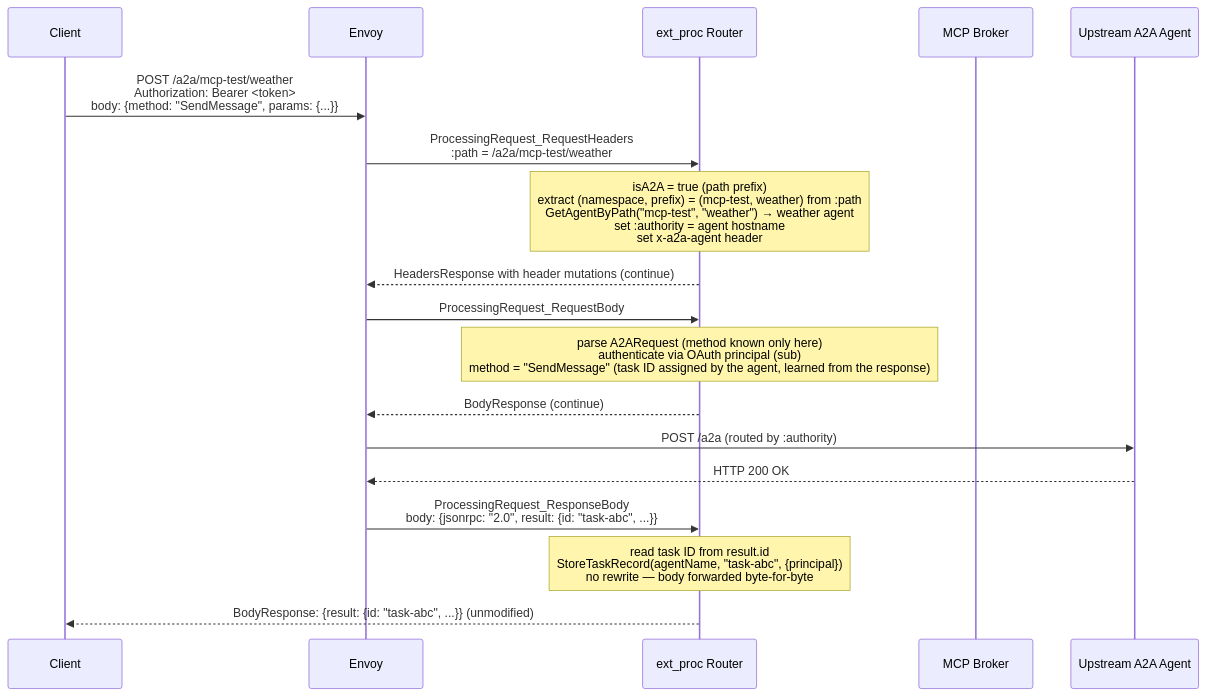
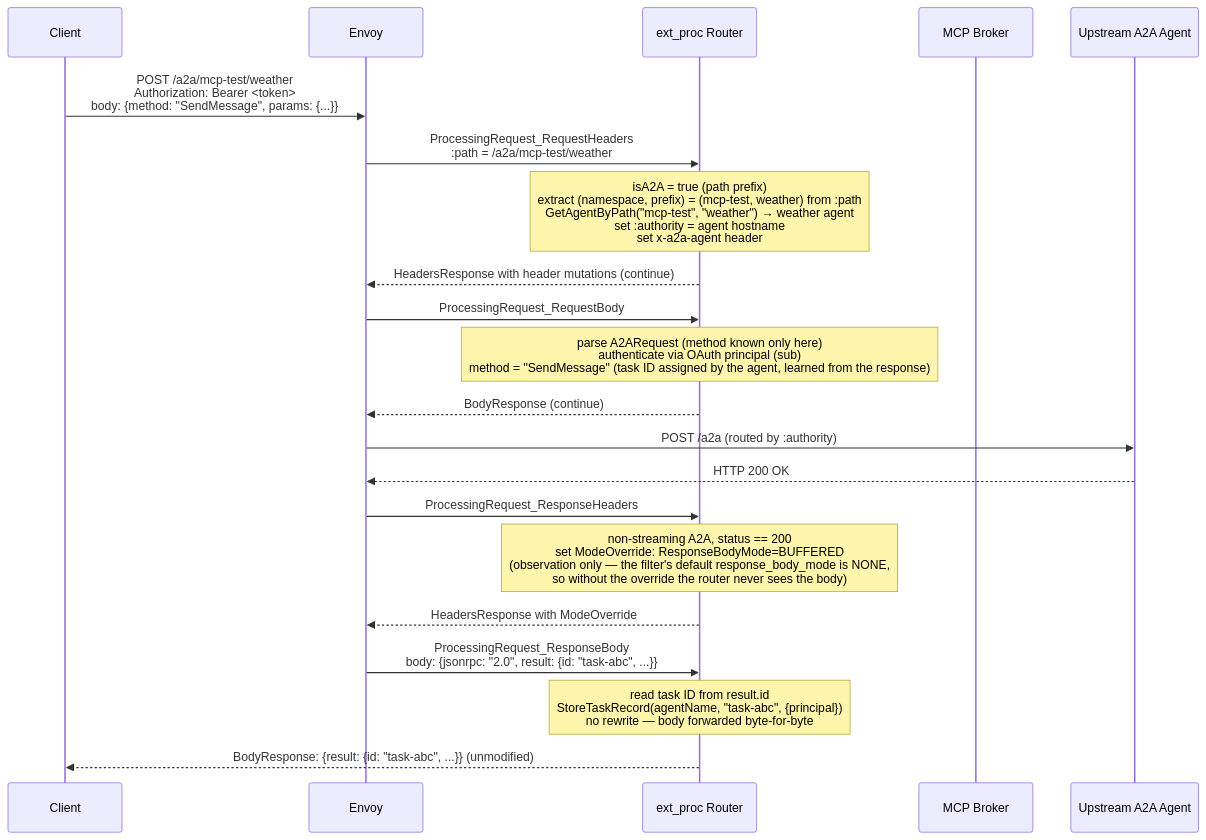
Before and after one commit to Aman-Cool/mcp-gateway: the second of 5 diagrams in docs/design/a2a/a2a-design.md, drawn with Mermaid. The commit also changed other lines of this file and 1 other file, not shown here.

First line of the commit message:
docs: correct A2A response observation and discovery routing

````diff
--- a/docs/design/a2a/a2a-design.md
+++ b/docs/design/a2a/a2a-design.md
@@ -227,21 +227,24 @@
 ```mermaid
 sequenceDiagram
     participant Client
     participant Envoy
     participant Router as ext_proc Router
     participant Broker as MCP Broker
     participant Upstream as Upstream A2A Agent
 
     Client->>Envoy: POST /a2a/mcp-test/weather<br/>Authorization: Bearer <token><br/>body: {method: "SendMessage", params: {...}}
     Envoy->>Router: ProcessingRequest_RequestHeaders<br/>:path = /a2a/mcp-test/weather
     Note over Router: isA2A = true (path prefix)<br/>extract (namespace, prefix) = (mcp-test, weather) from :path<br/>GetAgentByPath("mcp-test", "weather") → weather agent<br/>set :authority = agent hostname<br/>set x-a2a-agent header
     Router-->>Envoy: HeadersResponse with header mutations (continue)
     Envoy->>Router: ProcessingRequest_RequestBody
     Note over Router: parse A2ARequest (method known only here)<br/>authenticate via OAuth principal (sub)<br/>method = "SendMessage" (task ID assigned by the agent, learned from the response)
     Router-->>Envoy: BodyResponse (continue)
     Envoy->>Upstream: POST /a2a (routed by :authority)
     Upstream-->>Envoy: HTTP 200 OK
+    Envoy->>Router: ProcessingRequest_ResponseHeaders
+    Note over Router: non-streaming A2A, status == 200<br/>set ModeOverride: ResponseBodyMode=BUFFERED<br/>(observation only — the filter's default response_body_mode is NONE,<br/>so without the override the router never sees the body)
+    Router-->>Envoy: HeadersResponse with ModeOverride
     Envoy->>Router: ProcessingRequest_ResponseBody<br/>body: {jsonrpc: "2.0", result: {id: "task-abc", ...}}
     Note over Router: read task ID from result.id<br/>StoreTaskRecord(agentName, "task-abc", {principal})<br/>no rewrite — body forwarded byte-for-byte
     Router-->>Client: BodyResponse: {result: {id: "task-abc", ...}} (unmodified)
 ```
````
